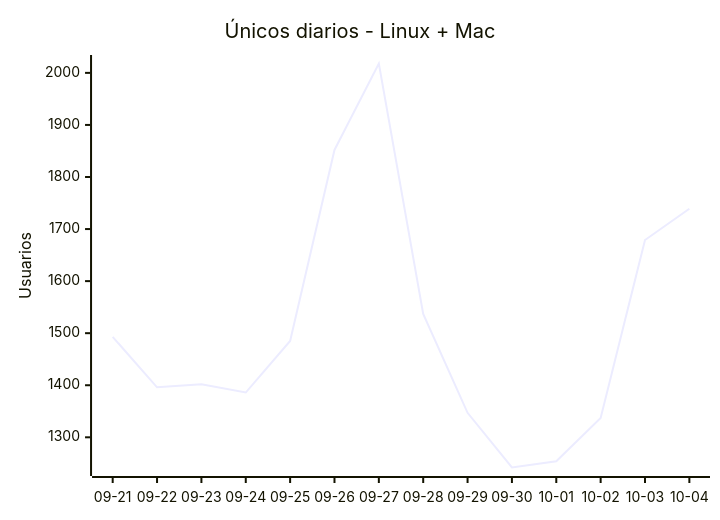
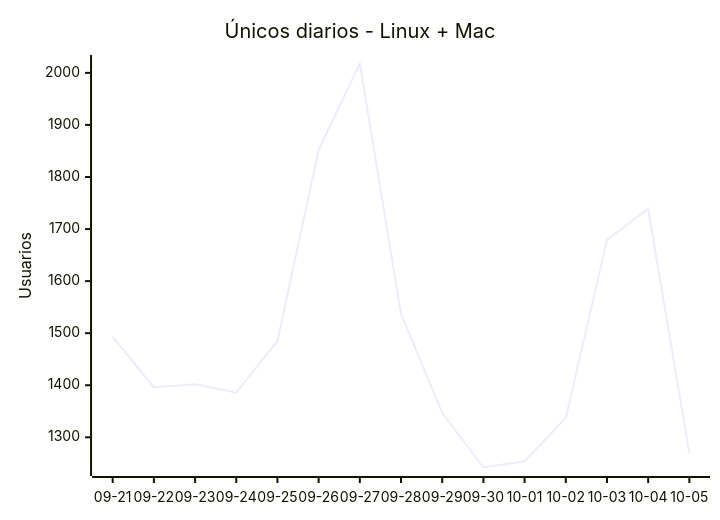
Before and after one commit to EmuDeck/stats: the first of 2 diagrams in README.md, drawn with Mermaid. The commit also changed other lines of this file and 3 other files, not shown here.

````diff
--- a/README.md
+++ b/README.md
@@ -12,7 +12,7 @@
 ```mermaid
 xychart-beta
     title "Únicos diarios - Linux + Mac"
-    x-axis ["09-21", "09-22", "09-23", "09-24", "09-25", "09-26", "09-27", "09-28", "09-29", "09-30", "10-01", "10-02", "10-03", "10-04"]
+    x-axis ["09-21", "09-22", "09-23", "09-24", "09-25", "09-26", "09-27", "09-28", "09-29", "09-30", "10-01", "10-02", "10-03", "10-04", "10-05"]
     y-axis "Usuarios"
-    line [1493, 1396, 1402, 1386, 1485, 1852, 2018, 1537, 1347, 1242, 1254, 1337, 1679, 1739]
+    line [1493, 1396, 1402, 1386, 1485, 1852, 2018, 1537, 1347, 1242, 1254, 1337, 1679, 1739, 1269]
 ```
````
